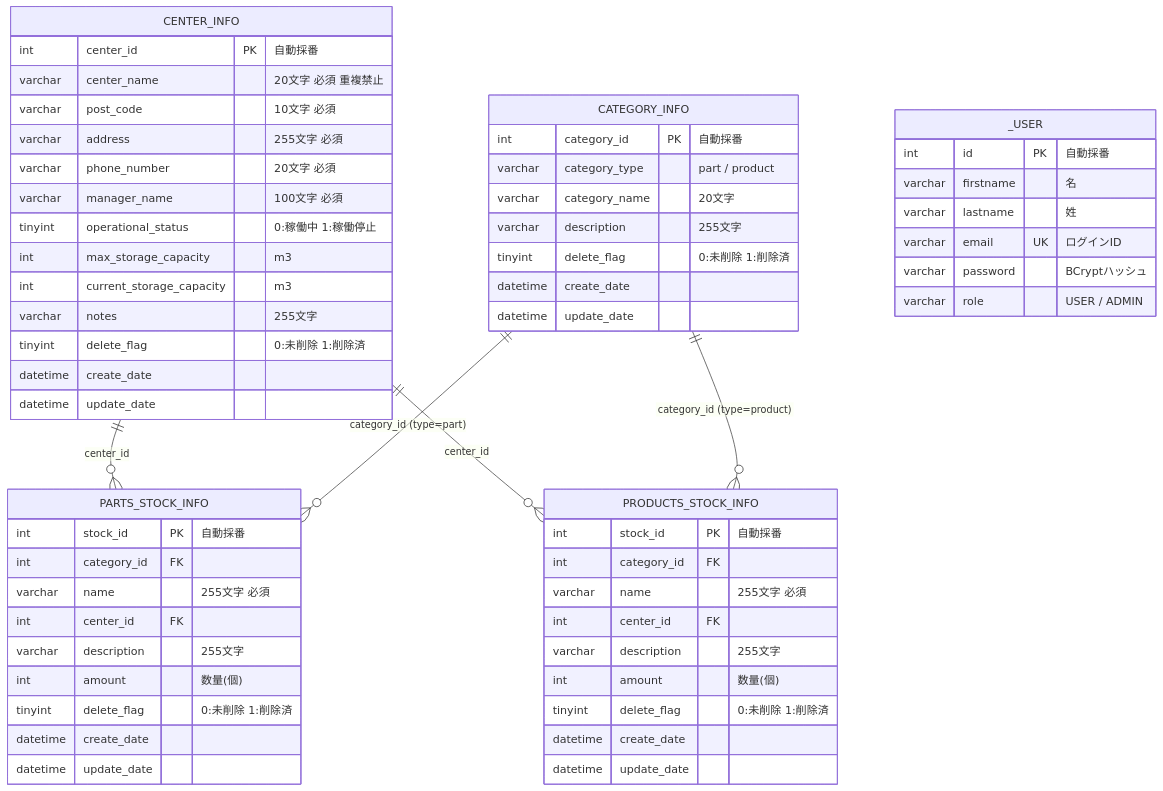
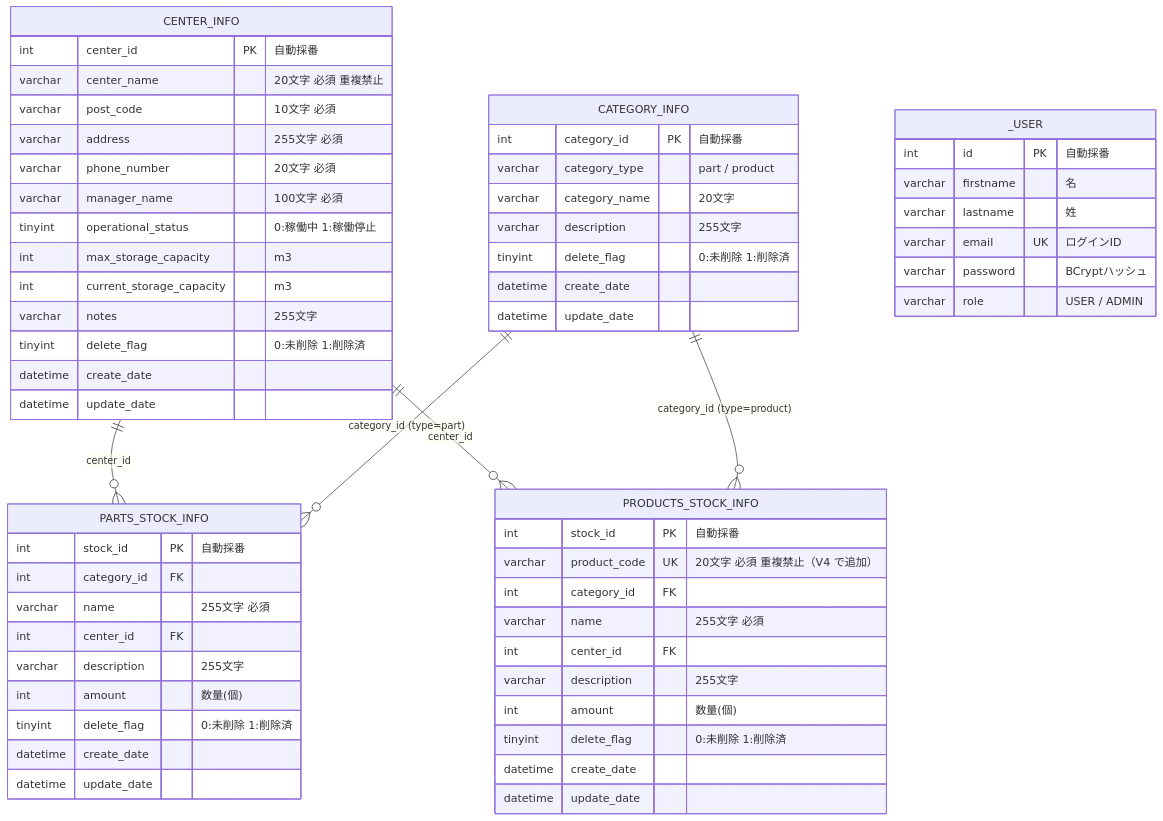
Before and after one commit to marsWatanabe/hands_ON: the first of 2 diagrams in docs/er-diagram.md, drawn with Mermaid. The commit also changed other lines of this file and 6 other files, not shown here.

Commit message:
Add stock/category design docs and update requirements, ER and frontend design

````diff
--- a/docs/er-diagram.md
+++ b/docs/er-diagram.md
@@ -15,66 +15,67 @@
 ```mermaid
 erDiagram
     CENTER_INFO ||--o{ PARTS_STOCK_INFO : "center_id"
     CENTER_INFO ||--o{ PRODUCTS_STOCK_INFO : "center_id"
     CATEGORY_INFO ||--o{ PARTS_STOCK_INFO : "category_id (type=part)"
     CATEGORY_INFO ||--o{ PRODUCTS_STOCK_INFO : "category_id (type=product)"
 
     _USER {
         int id PK "自動採番"
         varchar firstname "名"
         varchar lastname "姓"
         varchar email UK "ログインID"
         varchar password "BCryptハッシュ"
         varchar role "USER / ADMIN"
     }
 
     CATEGORY_INFO {
         int category_id PK "自動採番"
         varchar category_type "part / product"
         varchar category_name "20文字"
         varchar description "255文字"
         tinyint delete_flag "0:未削除 1:削除済"
         datetime create_date
         datetime update_date
     }
 
     CENTER_INFO {
         int center_id PK "自動採番"
         varchar center_name "20文字 必須 重複禁止"
         varchar post_code "10文字 必須"
         varchar address "255文字 必須"
         varchar phone_number "20文字 必須"
         varchar manager_name "100文字 必須"
         tinyint operational_status "0:稼働中 1:稼働停止"
         int max_storage_capacity "m3"
         int current_storage_capacity "m3"
         varchar notes "255文字"
         tinyint delete_flag "0:未削除 1:削除済"
         datetime create_date
         datetime update_date
     }
 
     PARTS_STOCK_INFO {
         int stock_id PK "自動採番"
         int category_id FK
         varchar name "255文字 必須"
         int center_id FK
         varchar description "255文字"
         int amount "数量(個)"
         tinyint delete_flag "0:未削除 1:削除済"
         datetime create_date
         datetime update_date
     }
 
     PRODUCTS_STOCK_INFO {
         int stock_id PK "自動採番"
+        varchar product_code UK "20文字 必須 重複禁止（V4 で追加）"
         int category_id FK
         varchar name "255文字 必須"
         int center_id FK
         varchar description "255文字"
         int amount "数量(個)"
         tinyint delete_flag "0:未削除 1:削除済"
         datetime create_date
         datetime update_date
     }
 ```
````
